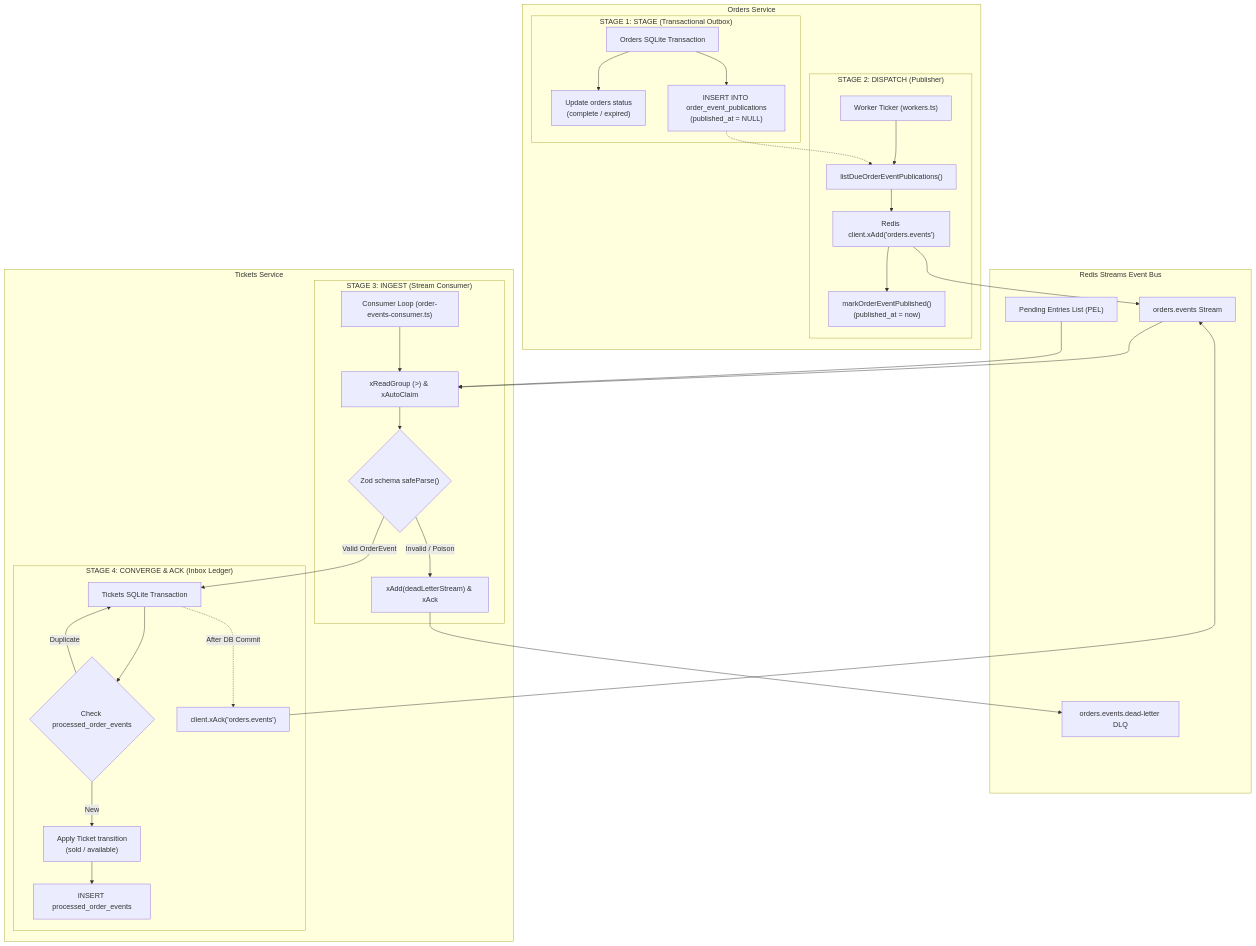
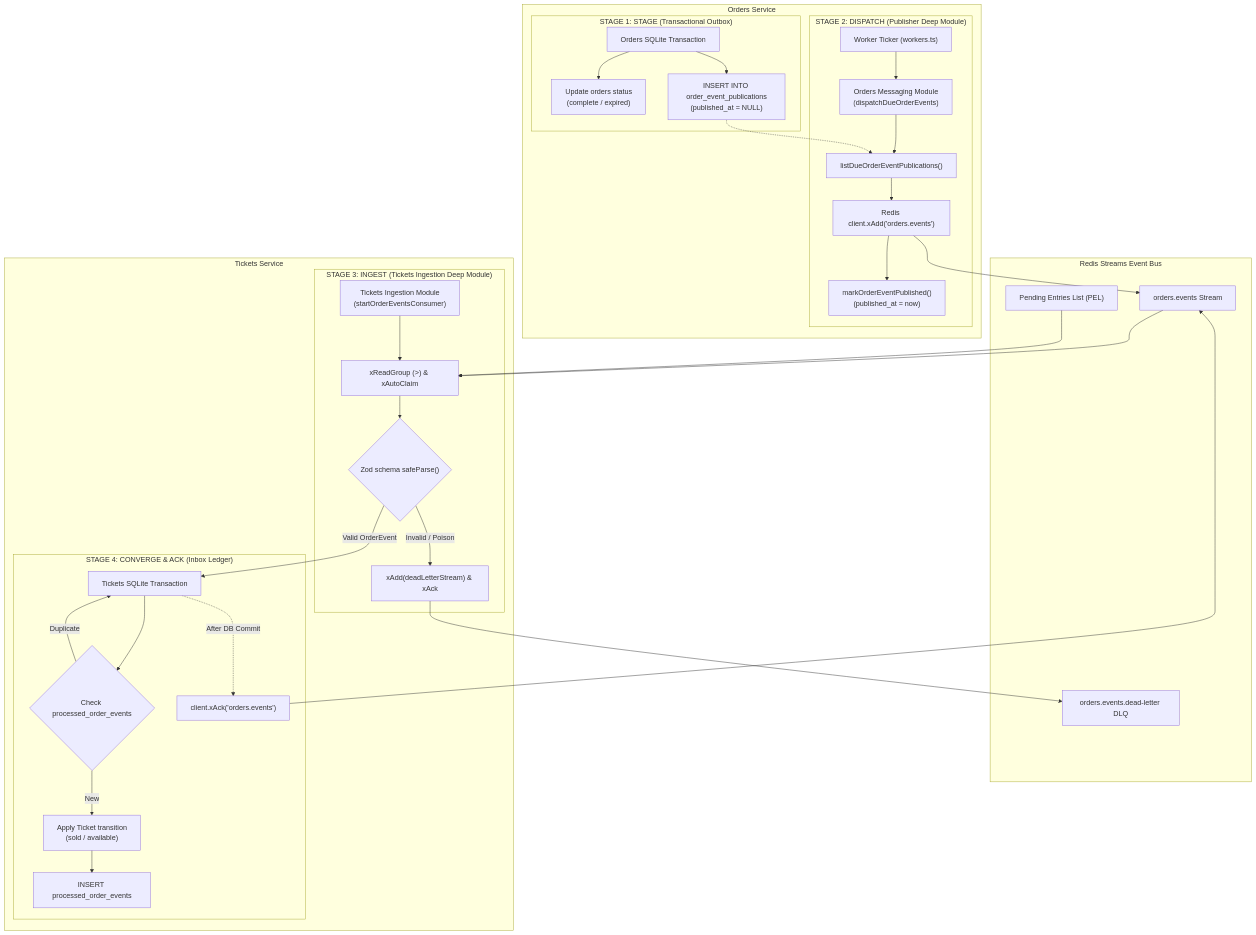
Before and after one commit to h19overflow/stubhub: the diagram in docs/messaging-architecture.md, drawn with Mermaid. The commit also changed other lines of this file and 5 other files, not shown here.

Commit message:
docs: document deep module boundaries for messaging and async systems

````diff
--- a/docs/messaging-architecture.md
+++ b/docs/messaging-architecture.md
@@ -29,62 +29,64 @@
 ```mermaid
 flowchart TD
     subgraph OrdersService["Orders Service"]
         subgraph Stage1["STAGE 1: STAGE (Transactional Outbox)"]
             TX["Orders SQLite Transaction"]
             StateChange["Update orders status<br/>(complete / expired)"]
             InsertOutbox["INSERT INTO order_event_publications<br/>(published_at = NULL)"]
             TX --> StateChange
             TX --> InsertOutbox
         end
 
-        subgraph Stage2["STAGE 2: DISPATCH (Publisher)"]
+        subgraph Stage2["STAGE 2: DISPATCH (Publisher Deep Module)"]
             WorkerLoop["Worker Ticker (workers.ts)"]
+            MessagingModule["Orders Messaging Module<br/>(dispatchDueOrderEvents)"]
             OutboxRepo["listDueOrderEventPublications()"]
             XAdd["Redis client.xAdd('orders.events')"]
             MarkPub["markOrderEventPublished()<br/>(published_at = now)"]
-            WorkerLoop --> OutboxRepo
+            WorkerLoop --> MessagingModule
+            MessagingModule --> OutboxRepo
             OutboxRepo --> XAdd
             XAdd --> MarkPub
         end
     end
 
     subgraph RedisBroker["Redis Streams Event Bus"]
         Stream["orders.events Stream"]
         DLQ["orders.events.dead-letter DLQ"]
         PEL["Pending Entries List (PEL)"]
     end
 
     subgraph TicketsService["Tickets Service"]
-        subgraph Stage3["STAGE 3: INGEST (Stream Consumer)"]
-            ConsumerLoop["Consumer Loop (order-events-consumer.ts)"]
+        subgraph Stage3["STAGE 3: INGEST (Tickets Ingestion Deep Module)"]
+            ConsumerLoop["Tickets Ingestion Module<br/>(startOrderEventsConsumer)"]
             Read["xReadGroup (>) & xAutoClaim"]
             Validate{"Zod schema safeParse()"}
             Poison["xAdd(deadLetterStream) & xAck"]
             ConsumerLoop --> Read
             Read --> Validate
             Validate -- "Invalid / Poison" --> Poison
         end
 
         subgraph Stage4["STAGE 4: CONVERGE & ACK (Inbox Ledger)"]
             TicketsTX["Tickets SQLite Transaction"]
             CheckLedger{"Check processed_order_events"}
             Converge["Apply Ticket transition<br/>(sold / available)"]
             RecordLedger["INSERT processed_order_events"]
             XAck["client.xAck('orders.events')"]
 
             Validate -- "Valid OrderEvent" --> TicketsTX
             TicketsTX --> CheckLedger
             CheckLedger -- "New" --> Converge
             CheckLedger -- "Duplicate" --> TicketsTX
             Converge --> RecordLedger
             TicketsTX -.->|"After DB Commit"| XAck
         end
     end
 
     InsertOutbox -.-> OutboxRepo
     XAdd --> Stream
     Poison --> DLQ
     Stream --> Read
     PEL --> Read
     XAck --> Stream
 ```
````
